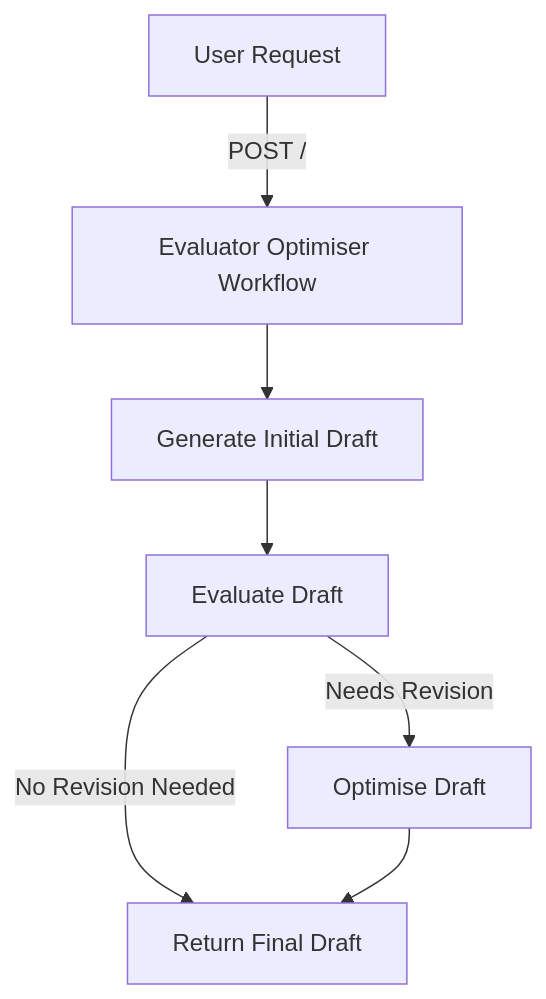
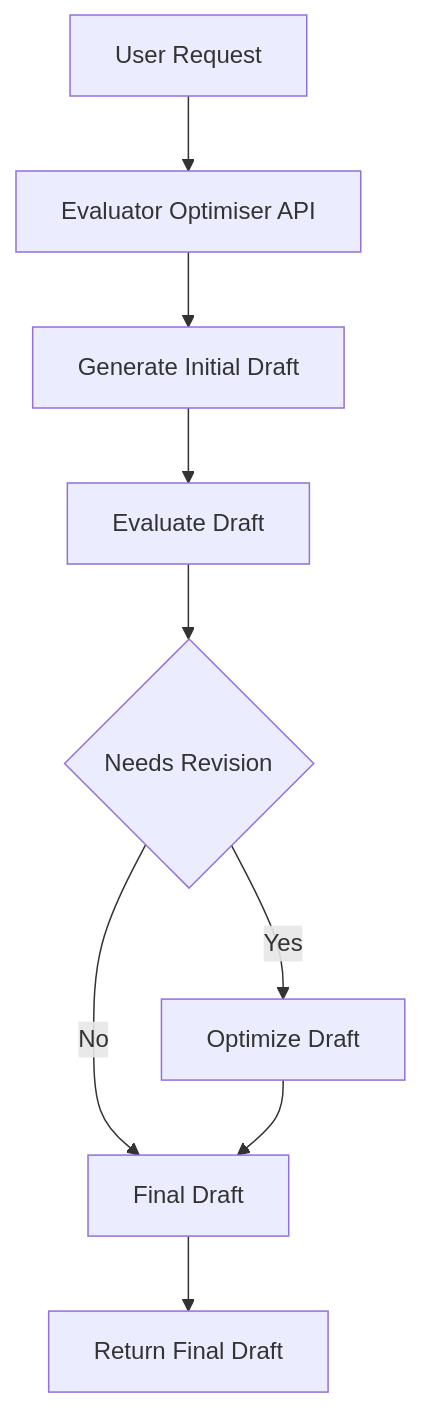
The diagram in apps/evaluator-optimiser/README.md (reeawnc/cloudflare), drawn with Mermaid before and after one commit. The commit also changed other lines of this file and 12 other files, not shown here.

````diff
--- a/apps/evaluator-optimiser/README.md
+++ b/apps/evaluator-optimiser/README.md
@@ -98,9 +49,11 @@
 ```mermaid
 graph TD;
-    A[User Request] -->|POST /| B[Evaluator Optimiser Workflow]
-    B --> C[Generate Initial Draft]
-    C --> D[Evaluate Draft]
-    D -->|Needs Revision| E[Optimise Draft]
-    D -->|No Revision Needed| F[Return Final Draft]
-    E --> F
+    A[User Request] --> B[Evaluator Optimiser API];
+    B --> C[Generate Initial Draft];
+    C --> D[Evaluate Draft];
+    D --> E{Needs Revision};
+    E -->|Yes| F[Optimize Draft];
+    E -->|No| G[Final Draft];
+    F --> G;
+    G --> H[Return Final Draft];
 ```
````
